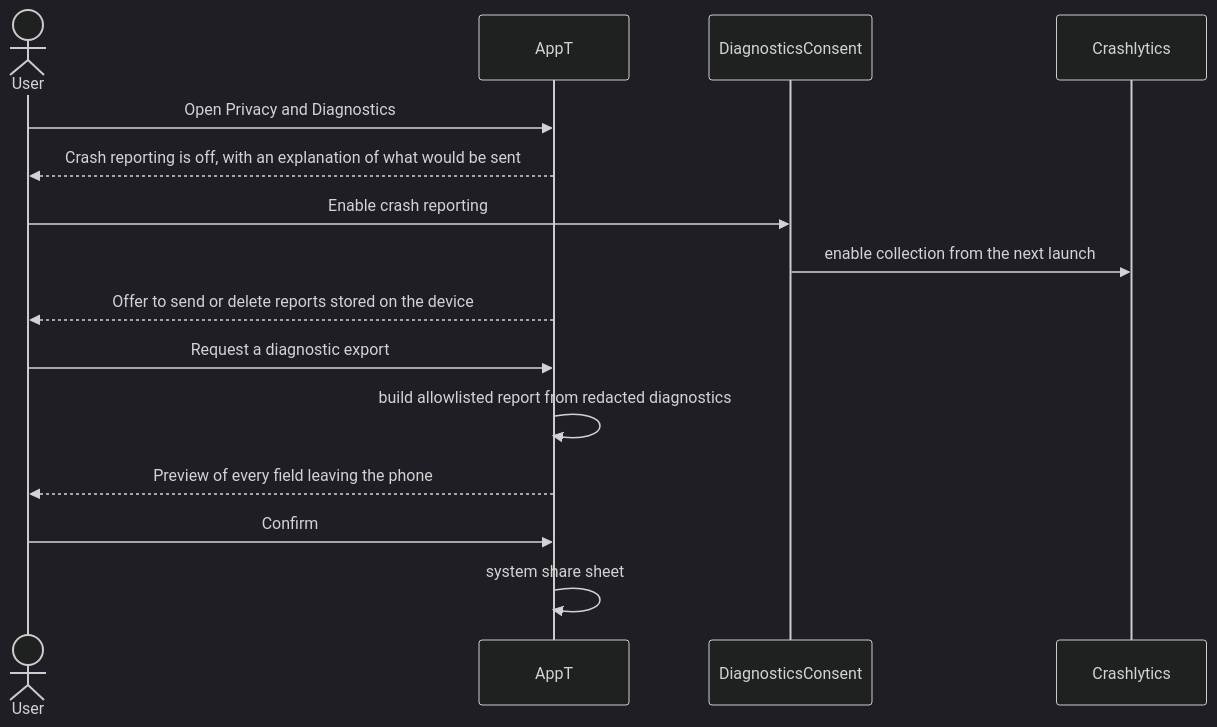
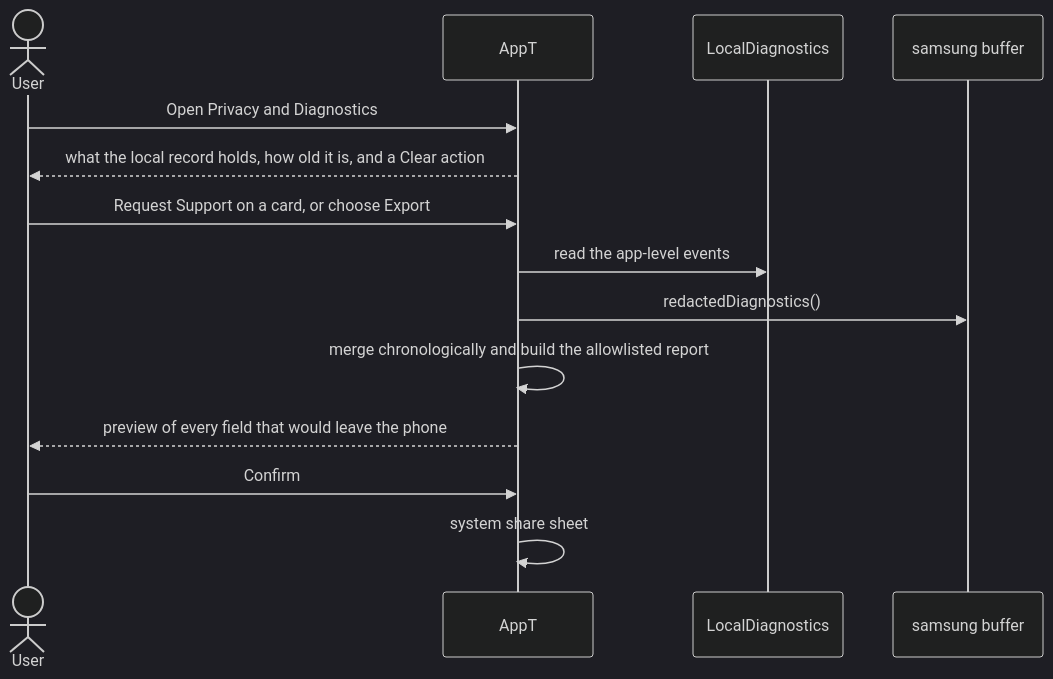
One commit to anthracite-labs/AppT changed diagram 14 of 14 in docs/architecture/flows.md. Above: the diagram before and after it, drawn with Mermaid (dark theme). The commit also changed other lines of this file and 17 other files, not shown here.

````diff
--- a/docs/architecture/flows.md
+++ b/docs/architecture/flows.md
@@ -361,17 +374,16 @@
 ```mermaid
 sequenceDiagram
   actor User
   participant App as AppT
-  participant Consent as DiagnosticsConsent
-  participant Crash as Crashlytics
+  participant Record as LocalDiagnostics
+  participant Samsung as samsung buffer
   User->>App: Open Privacy and Diagnostics
-  App-->>User: Crash reporting is off, with an explanation of what would be sent
-  User->>Consent: Enable crash reporting
-  Consent->>Crash: enable collection from the next launch
-  App-->>User: Offer to send or delete reports stored on the device
-  User->>App: Request a diagnostic export
-  App->>App: build allowlisted report from redacted diagnostics
-  App-->>User: Preview of every field leaving the phone
+  App-->>User: what the local record holds, how old it is, and a Clear action
+  User->>App: Request Support on a card, or choose Export
+  App->>Record: read the app-level events
+  App->>Samsung: redactedDiagnostics()
+  App->>App: merge chronologically and build the allowlisted report
+  App-->>User: preview of every field that would leave the phone
   User->>App: Confirm
   App->>App: system share sheet
 ```
````
